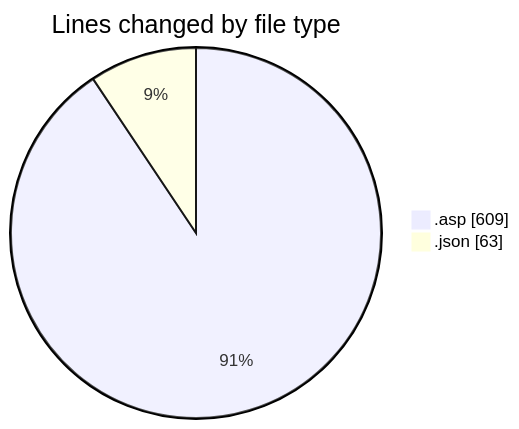
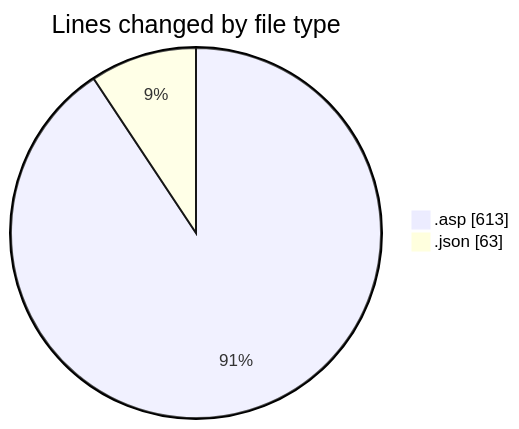
One commit to julien-gomy/code-tracking changed the first of 2 diagrams in 2025-10-20/usr_aleoudev_fr__workspace_/README.md. Above: the diagram before and after it, drawn with Mermaid. The commit also changed other lines of this file and 1 other file, not shown here.

````diff
--- a/2025-10-20/usr_aleoudev_fr__workspace_/README.md
+++ b/2025-10-20/usr_aleoudev_fr__workspace_/README.md
@@ -22,6 +22,6 @@
 ```mermaid
 pie showData
 title Lines changed by file type
-".asp" : 609
+".asp" : 613
 ".json" : 63
 ```
````
